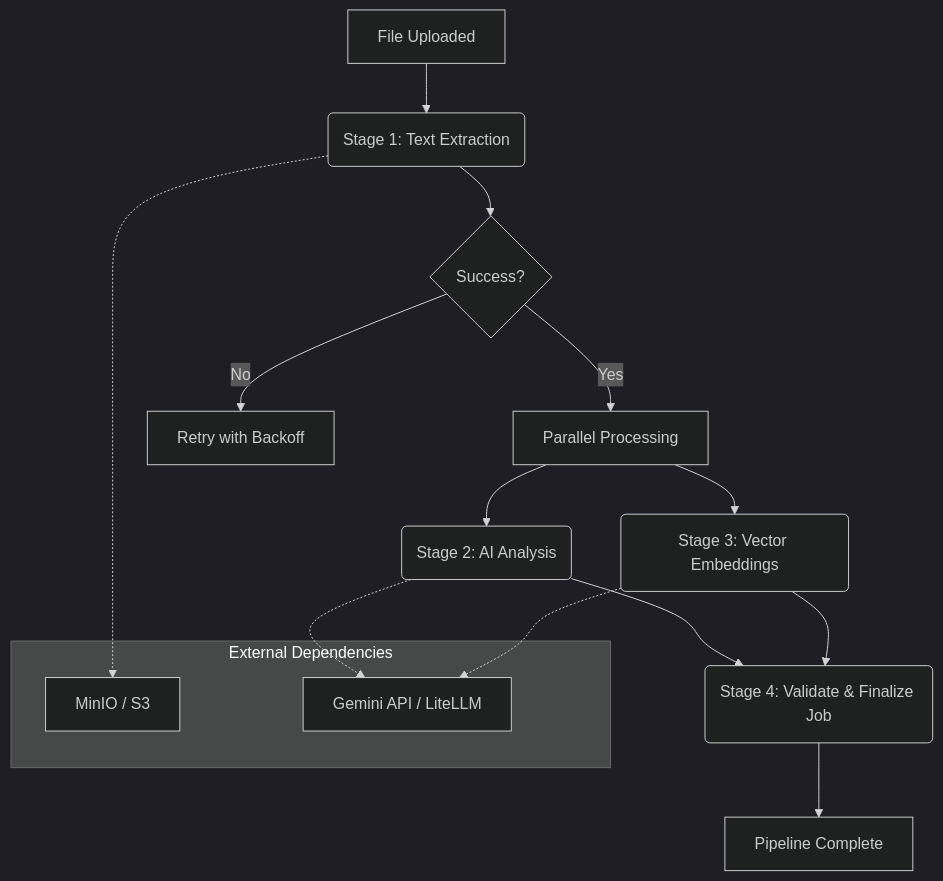
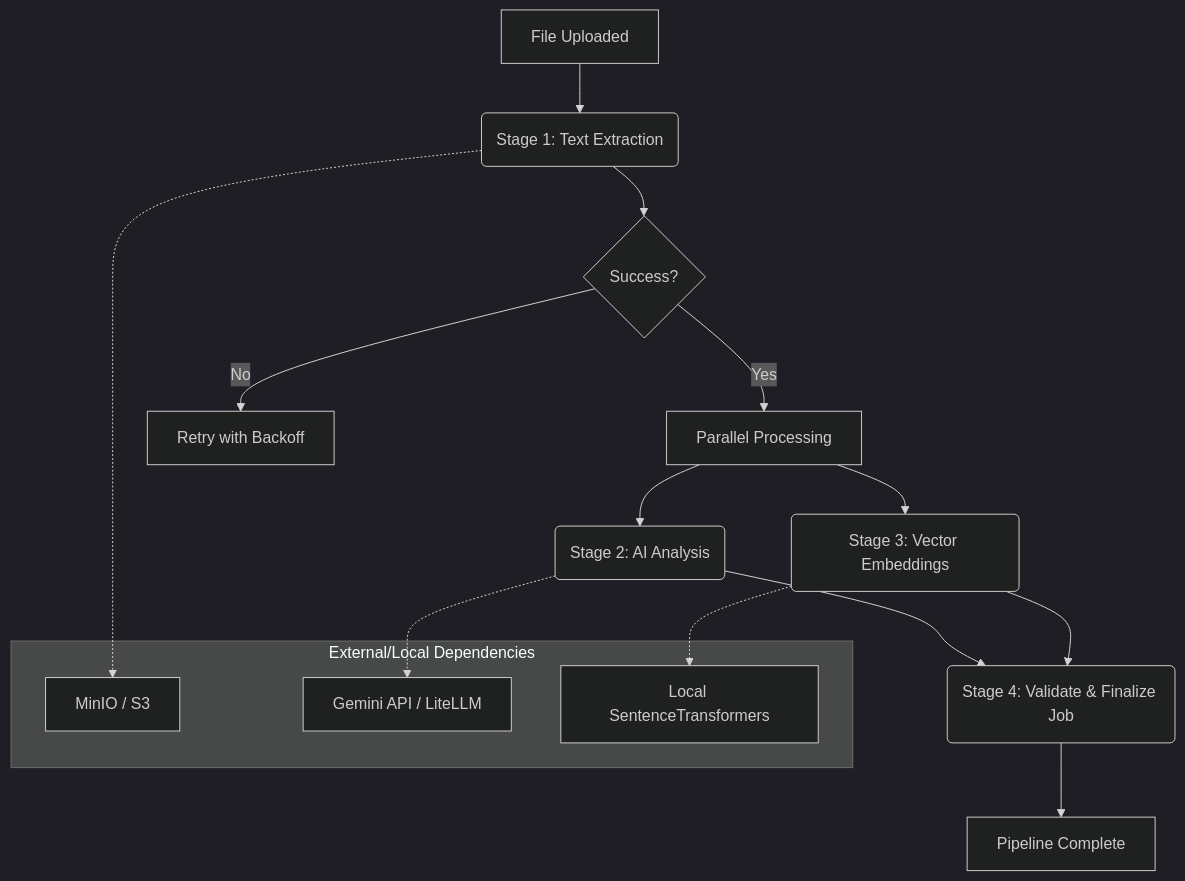
Before and after one commit to farhan-mahi-sazim/AIPCPP-BE-Mahi-Onboarding: the diagram in docs/summary_generation_pipeline.md, drawn with Mermaid (dark theme). The commit also changed other lines of this file and 16 other files, not shown here.

````diff
--- a/docs/summary_generation_pipeline.md
+++ b/docs/summary_generation_pipeline.md
@@ -9,22 +9,23 @@
 ```mermaid
 graph TD
     A[File Uploaded] --> B(Stage 1: Text Extraction)
     B --> C{Success?}
     C -- Yes --> D[Parallel Processing]
     D --> E(Stage 2: AI Analysis)
     D --> F(Stage 3: Vector Embeddings)
     C -- No --> G[Retry with Backoff]
 
     E --> H(Stage 4: Validate & Finalize Job)
     F --> H
     H --> I[Pipeline Complete]
 
-    subgraph "External Dependencies"
+    subgraph "External/Local Dependencies"
         L[MinIO / S3]
         M[Gemini API / LiteLLM]
+        N[Local SentenceTransformers]
     end
 
     B -.-> L
     E -.-> M
-    F -.-> M
+    F -.-> N
 ```
````
